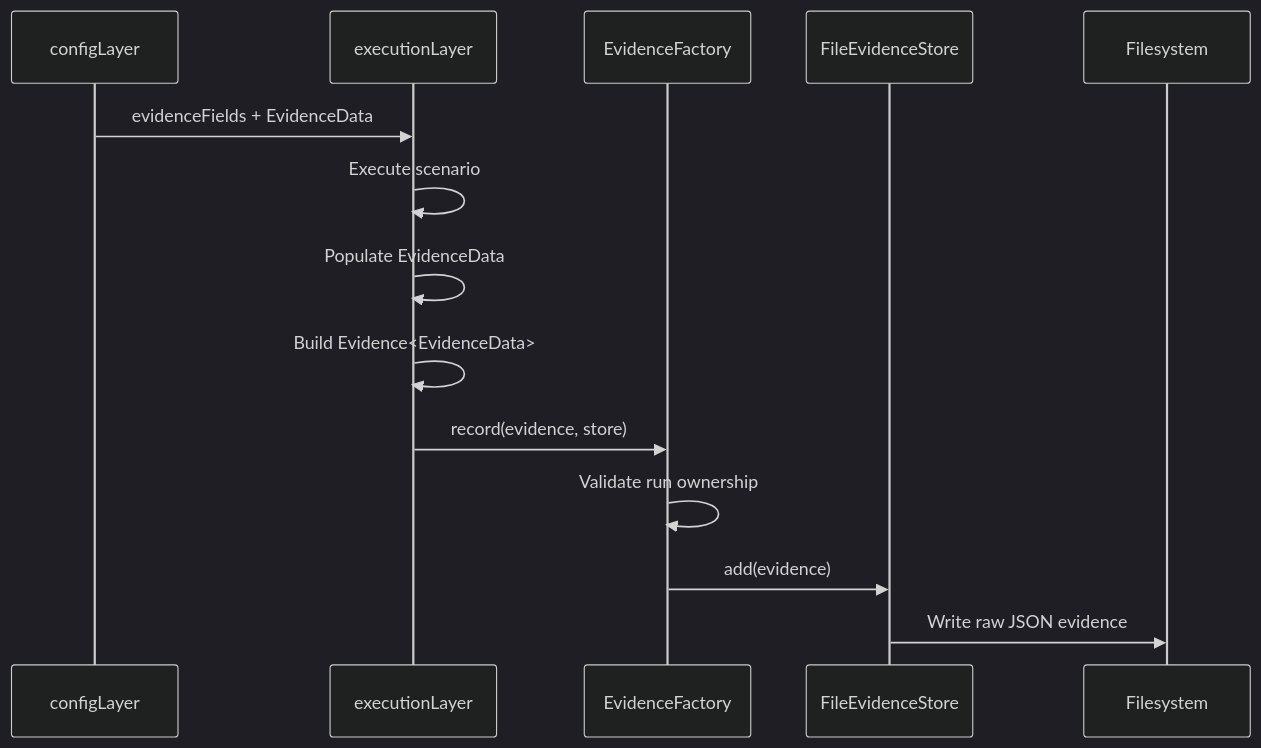
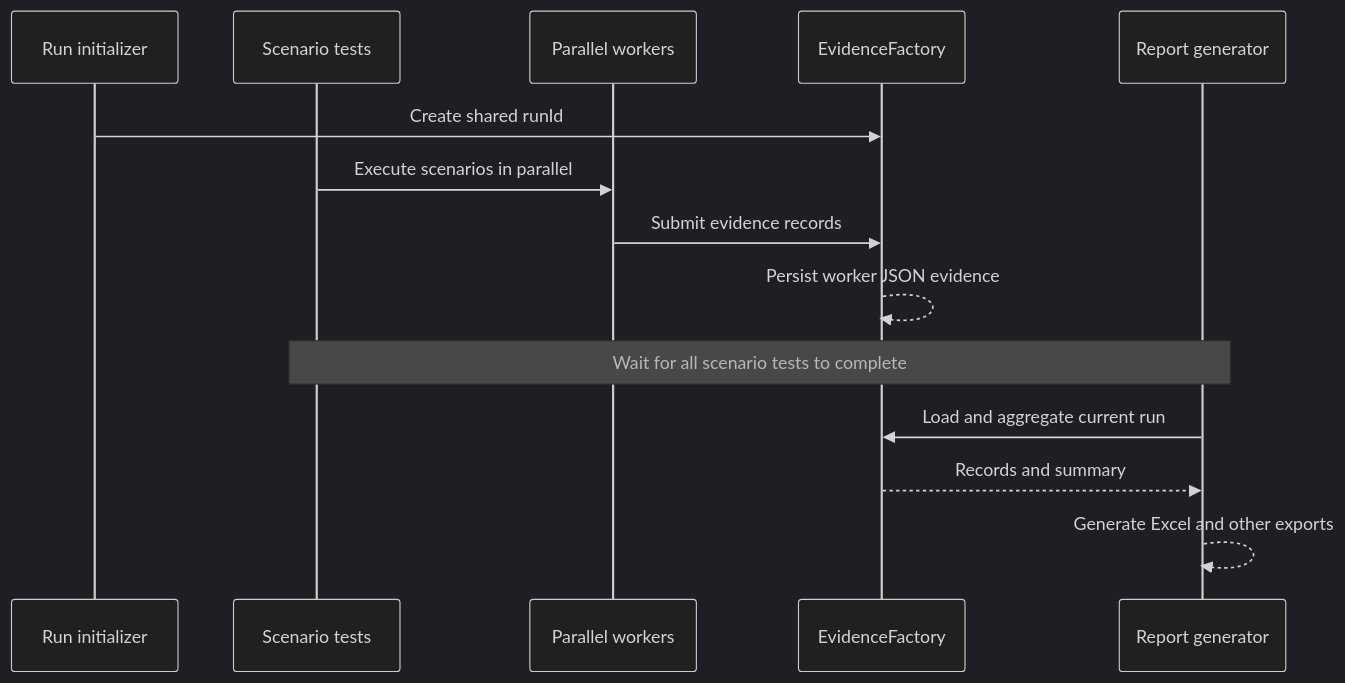
The second of 3 diagrams in evidenceFactory/README.md (vijaytomar81/VJ_Playwright), drawn with Mermaid (dark theme) before and after one commit. The commit also changed other lines of this file, not shown here.

````diff
--- a/evidenceFactory/README.md
+++ b/evidenceFactory/README.md
@@ -1054,17 +67,16 @@
 ```mermaid
 sequenceDiagram
-    participant C as configLayer
-    participant E as executionLayer
-    participant F as EvidenceFactory
-    participant S as FileEvidenceStore
-    participant D as Filesystem
-
-    C->>E: evidenceFields + EvidenceData
-    E->>E: Execute scenario
-    E->>E: Populate EvidenceData
-    E->>E: Build Evidence<EvidenceData>
-    E->>F: record(evidence, store)
-    F->>F: Validate run ownership
-    F->>S: add(evidence)
-    S->>D: Write raw JSON evidence
+    participant Init as Run initializer
+    participant T as Scenario tests
+    participant W as Parallel workers
+    participant E as EvidenceFactory
+    participant R as Report generator
+    Init->>E: Create shared runId
+    T->>W: Execute scenarios in parallel
+    W->>E: Submit evidence records
+    E-->>E: Persist worker JSON evidence
+    Note over T,R: Wait for all scenario tests to complete
+    R->>E: Load and aggregate current run
+    E-->>R: Records and summary
+    R-->>R: Generate Excel and other exports
 ```
````
